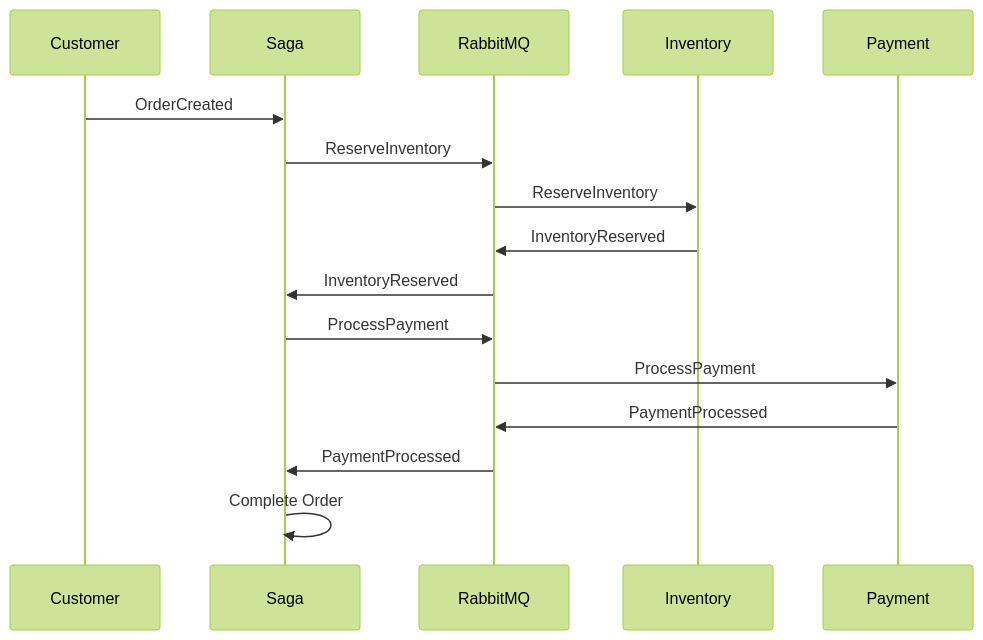
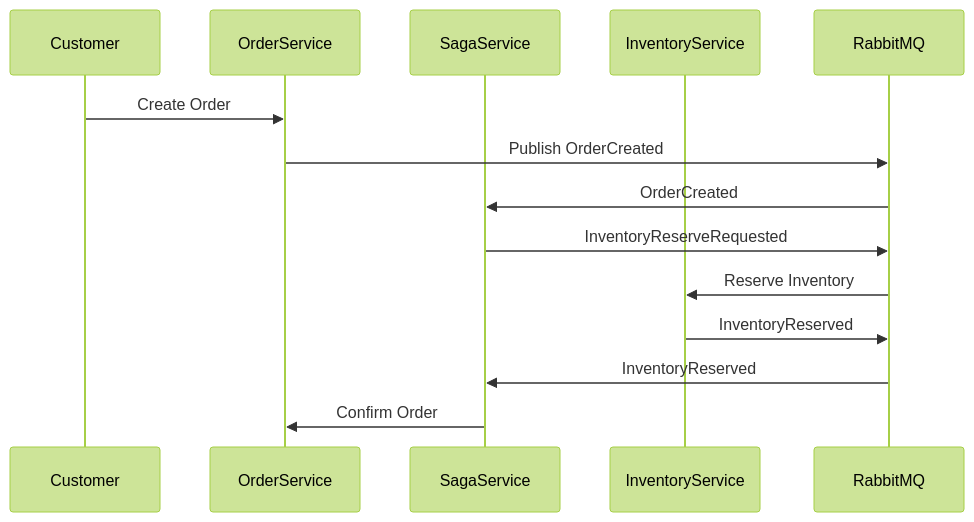
One commit to aniruddhaad/ecommerce-lab changed the fourth of 5 diagrams in README.md. Above: the diagram before and after it, drawn with Mermaid (forest theme). The commit also changed other lines of this file, not shown here.

Commit message:
C4 architecture diagrams (System Context → Container → Component)

````diff
--- a/README.md
+++ b/README.md
@@ -233,25 +167,17 @@
-``` mermaid
+```mermaid
 sequenceDiagram
+    participant Customer
+    participant OrderService
+    participant SagaService
+    participant InventoryService
+    participant RabbitMQ
 
-participant Customer
-participant Saga
-participant RabbitMQ
-participant Inventory
-participant Payment
-
-Customer->>Saga: OrderCreated
-
-Saga->>RabbitMQ: ReserveInventory
-RabbitMQ->>Inventory: ReserveInventory
-
-Inventory->>RabbitMQ: InventoryReserved
-RabbitMQ->>Saga: InventoryReserved
-
-Saga->>RabbitMQ: ProcessPayment
-RabbitMQ->>Payment: ProcessPayment
-
-Payment->>RabbitMQ: PaymentProcessed
-RabbitMQ->>Saga: PaymentProcessed
-
-Saga->>Saga: Complete Order
+    Customer->>OrderService: Create Order
+    OrderService->>RabbitMQ: Publish OrderCreated
+    RabbitMQ->>SagaService: OrderCreated
+    SagaService->>RabbitMQ: InventoryReserveRequested
+    RabbitMQ->>InventoryService: Reserve Inventory
+    InventoryService->>RabbitMQ: InventoryReserved
+    RabbitMQ->>SagaService: InventoryReserved
+    SagaService->>OrderService: Confirm Order
 ```
````
